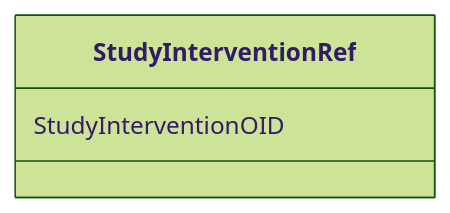
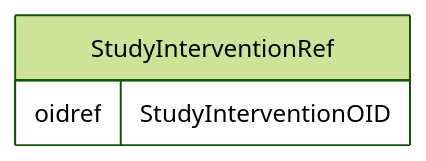
The diagram in docs/StudyInterventionRef.md (cdisc-org/DataExchange-ODM-LinkML), drawn with Mermaid (forest theme) before and after one commit. The commit also changed other lines of this file and 181 other files, not shown here.

Commit message:
ER diagrams working via templates and removing names with underscores

````diff
--- a/docs/StudyInterventionRef.md
+++ b/docs/StudyInterventionRef.md
@@ -14,7 +11,9 @@
 ```mermaid
- classDiagram
-    class StudyInterventionRef
-      StudyInterventionRef : StudyInterventionOID
-        
-      
+erDiagram
+StudyInterventionRef {
+    oidref StudyInterventionOID  
+}
+
+
+
 ```
````
